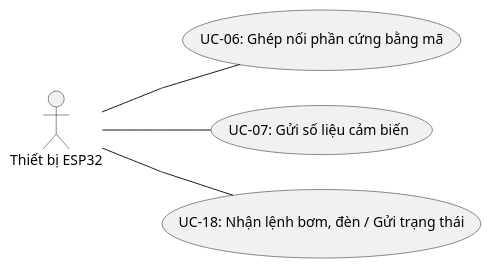
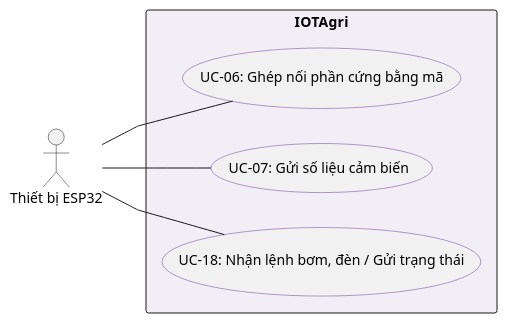
Before and after one commit to huuanh1411/IOTAgri: the fourth of 5 diagrams in docs/diagrams/use-case-overview.puml, drawn with PlantUML. The commit also changed other lines of this file and 17 other files, not shown here.

Commit message:
docs: match UML reference with actors outside system boundary

```diff
--- a/docs/diagrams/use-case-overview.puml
+++ b/docs/diagrams/use-case-overview.puml
@@ -53,15 +65,19 @@
 @startuml use-case-overview-esp
 left to right direction
 skinparam actorStyle stickman
 skinparam shadowing false
 skinparam linetype polyline
-' Một sơ đồ cho mỗi actor; không dùng khung bao.
-' SVG do render-use-cases.py xuất có actor ở giữa, use case tỏa ra hai bên.
+skinparam usecaseBorderColor #7138A0
+skinparam rectangleBackgroundColor #F1EEF5
+' Actor ở ngoài khung hệ thống; các use case bố trí so le bên trong.
+' SVG do render-use-cases.py xuất giữ bố cục theo hình mẫu UML.
 actor "Thiết bị ESP32" as ESP
-usecase "UC-06: Ghép nối phần cứng bằng mã" as ESPUC1
-usecase "UC-07: Gửi số liệu cảm biến" as ESPUC2
-usecase "UC-18: Nhận lệnh bơm, đèn / Gửi trạng thái" as ESPUC3
+rectangle "IOTAgri" {
+  usecase "UC-06: Ghép nối phần cứng bằng mã" as ESPUC1
+  usecase "UC-07: Gửi số liệu cảm biến" as ESPUC2
+  usecase "UC-18: Nhận lệnh bơm, đèn / Gửi trạng thái" as ESPUC3
+}
 ESP -- ESPUC1
 ESP -- ESPUC2
 ESP -- ESPUC3
 @enduml
```
